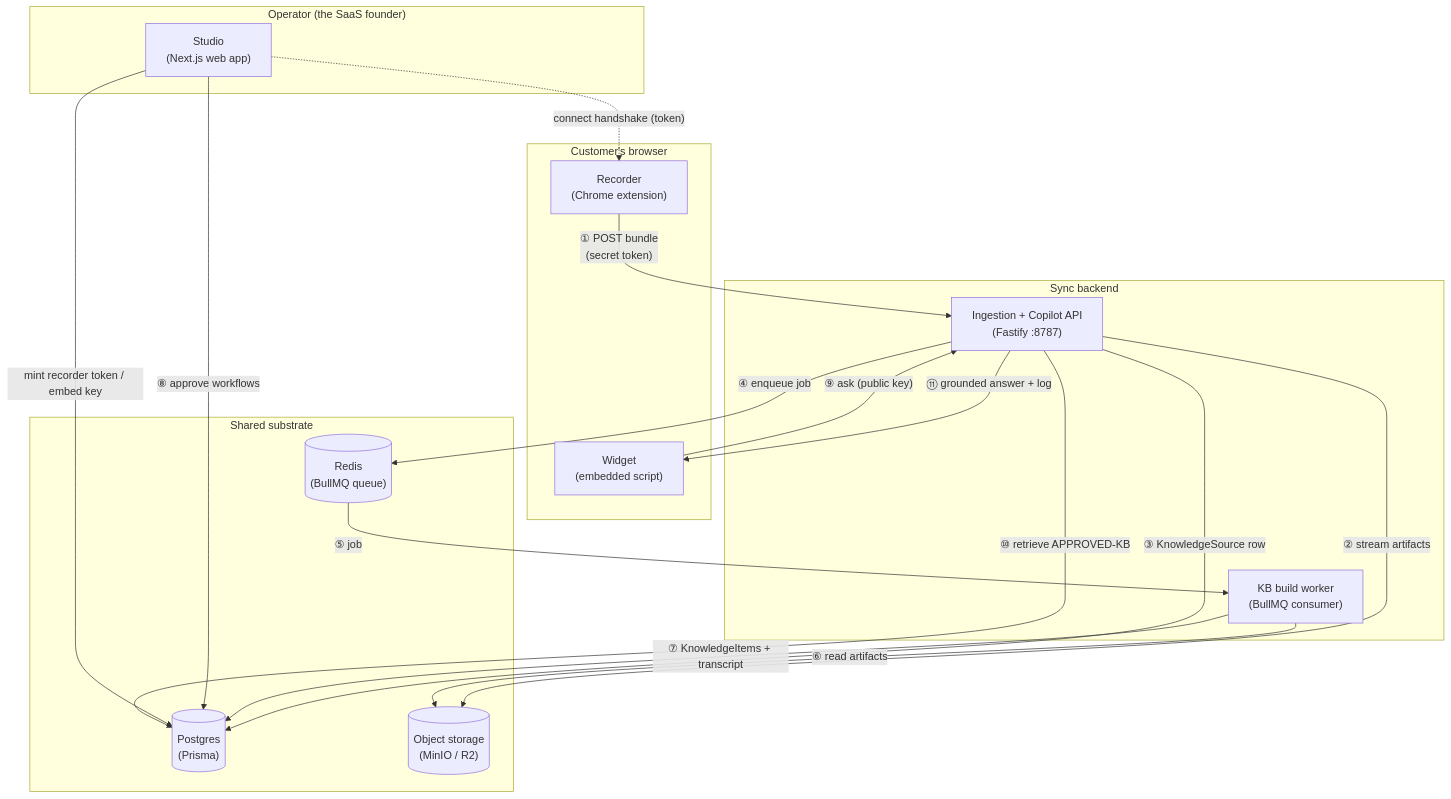
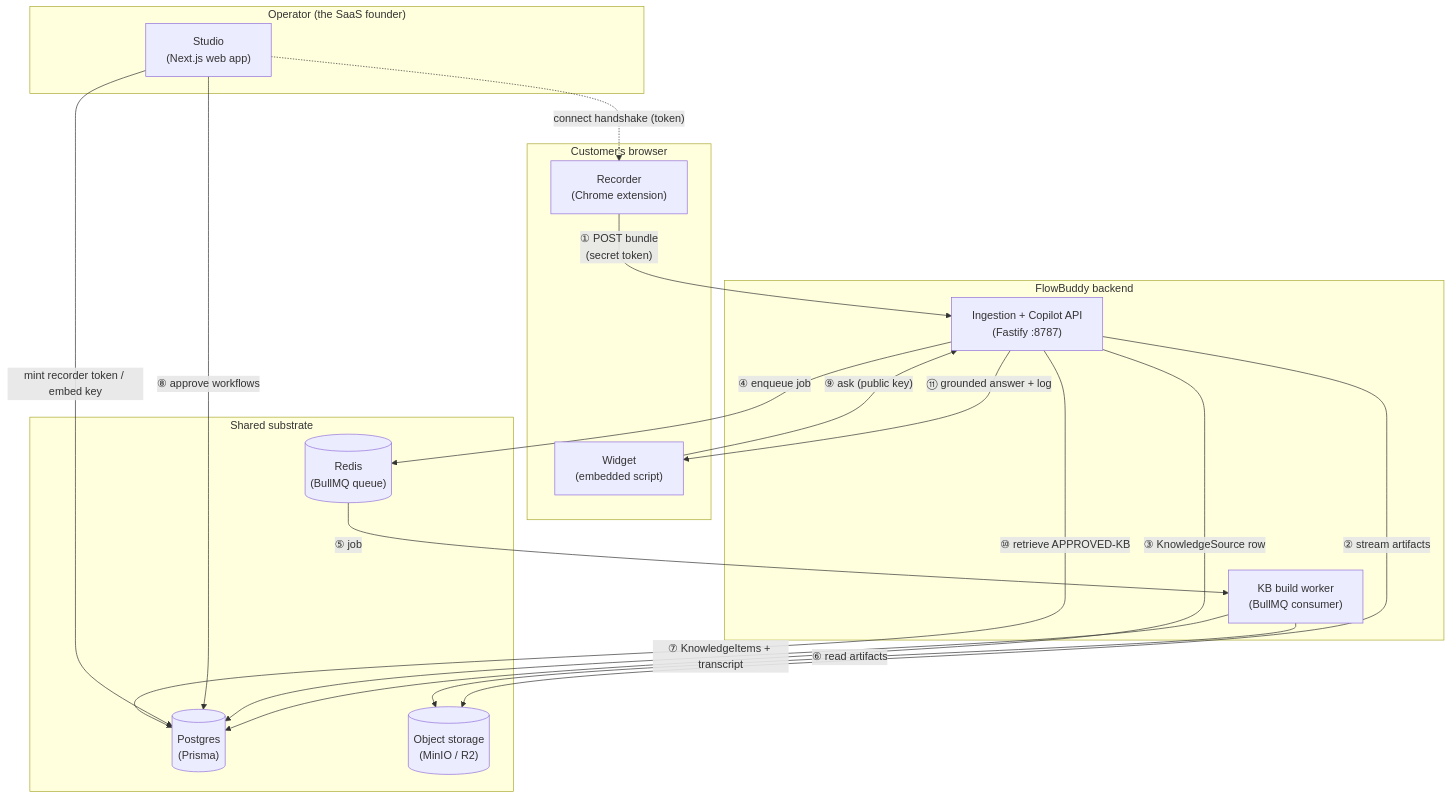
One commit to himanshu3553/flowbuddy changed the diagram in docs/internals/README.md. Above: the diagram before and after it, drawn with Mermaid. The commit also changed other lines of this file and 168 other files, not shown here.

First line of the commit message:
rebrand: rename Sync → FlowBuddy across code, embed contract, infra, and docs

````diff
--- a/docs/internals/README.md
+++ b/docs/internals/README.md
@@ -46,37 +46,37 @@
 ```mermaid
 flowchart TB
     subgraph browser["Customer's browser"]
         REC["Recorder<br/>(Chrome extension)"]
         WID["Widget<br/>(embedded script)"]
     end
 
     subgraph operator["Operator (the SaaS founder)"]
         STU["Studio<br/>(Next.js web app)"]
     end
 
-    subgraph backend["Sync backend"]
+    subgraph backend["FlowBuddy backend"]
         API["Ingestion + Copilot API<br/>(Fastify :8787)"]
         WRK["KB build worker<br/>(BullMQ consumer)"]
     end
 
     subgraph data["Shared substrate"]
         PG[("Postgres<br/>(Prisma)")]
         OBJ[("Object storage<br/>(MinIO / R2)")]
         RDS[("Redis<br/>(BullMQ queue)")]
     end
 
     REC -- "①  POST bundle<br/>(secret token)" --> API
     API -- "② stream artifacts" --> OBJ
     API -- "③ KnowledgeSource row" --> PG
     API -- "④ enqueue job" --> RDS
     RDS -- "⑤ job" --> WRK
     WRK -- "⑥ read artifacts" --> OBJ
     WRK -- "⑦ KnowledgeItems + transcript" --> PG
     STU -- "⑧ approve workflows" --> PG
     STU -- "mint recorder token / embed key" --> PG
     WID -- "⑨ ask (public key)" --> API
     API -- "⑩ retrieve APPROVED-KB" --> PG
     API -- "⑪ grounded answer + log" --> WID
 
     STU -. "connect handshake (token)" .-> REC
 ```
````
